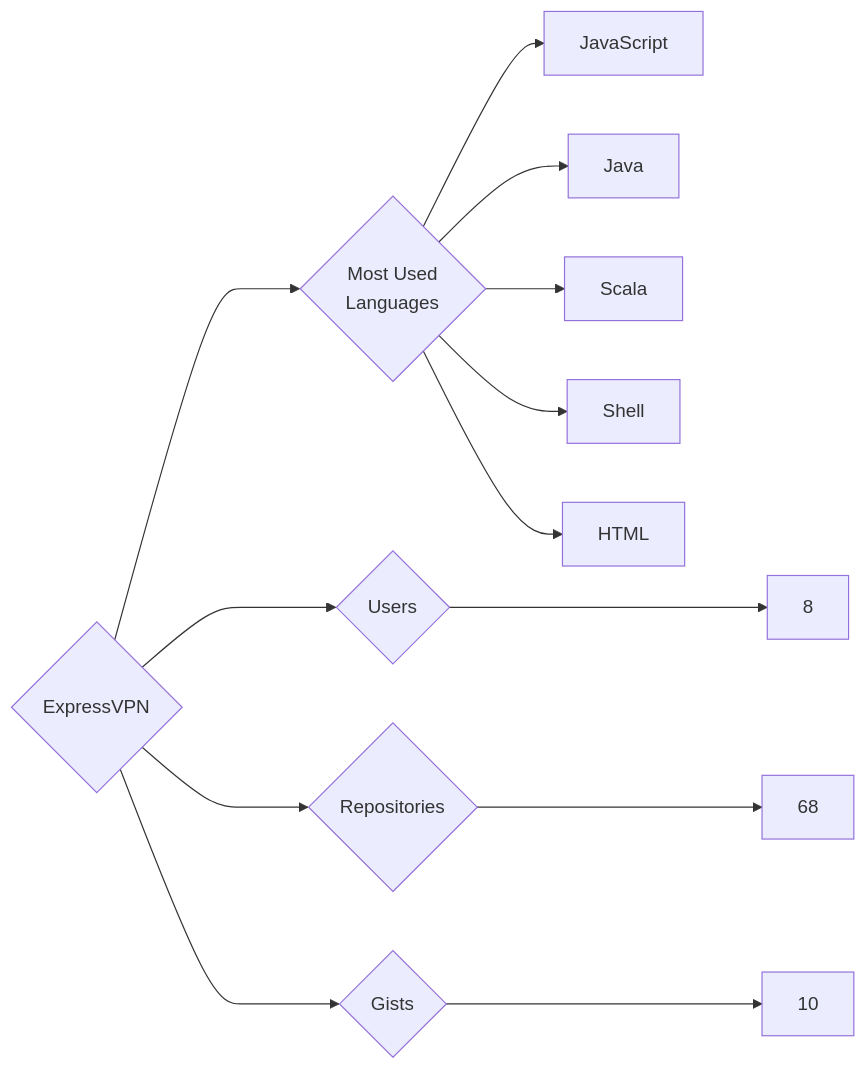
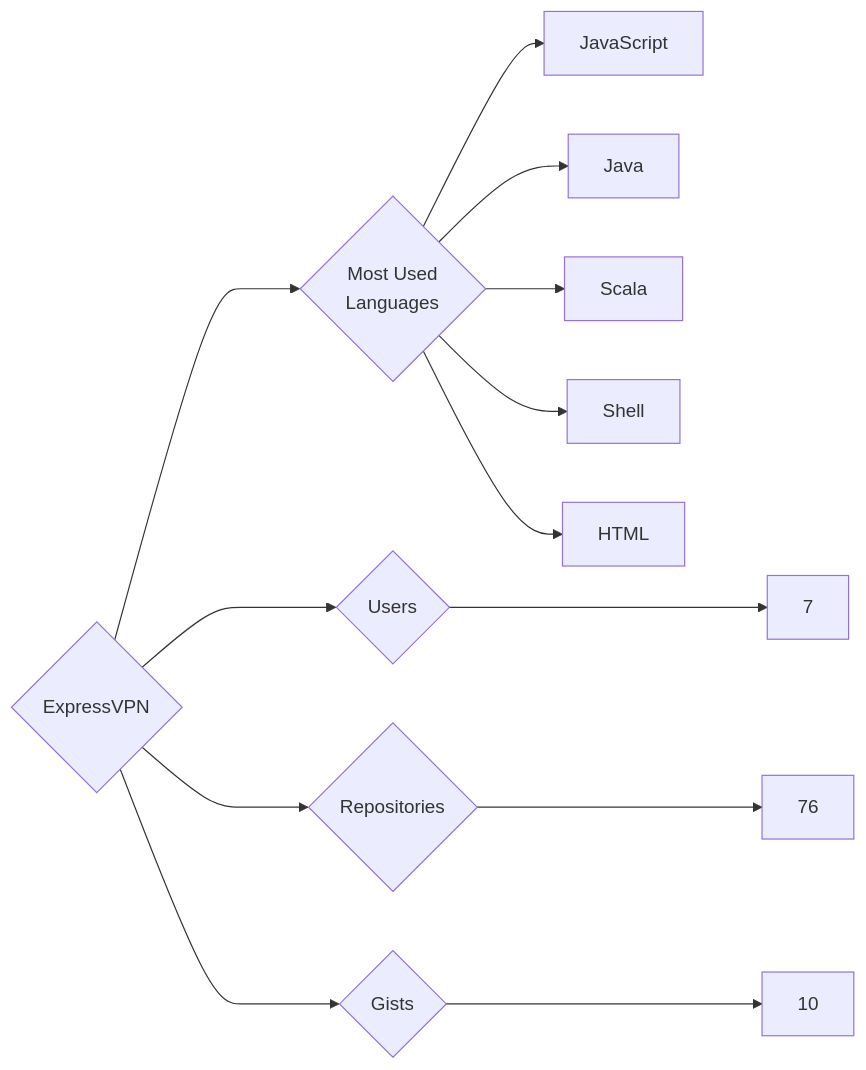
The diagram in targets/ExpressVPN/README.md (trickest/insiders), drawn with Mermaid before and after one commit. The commit also changed 1166 other files, not shown here.

````diff
--- a/targets/ExpressVPN/README.md
+++ b/targets/ExpressVPN/README.md
@@ -3,13 +3,13 @@
 ```mermaid
 graph LR
 COMPANY_NAME{ExpressVPN}
-COMPANY_NAME ---> U{Users} ---> UN[8]
-COMPANY_NAME ---> R{Repositories} ---> RN[68]
+COMPANY_NAME ---> U{Users} ---> UN[7]
+COMPANY_NAME ---> R{Repositories} ---> RN[76]
 COMPANY_NAME ---> G{Gists} ---> GN[10]
 COMPANY_NAME ---> ML{Most Used<br>Languages}
 ML --> JavaScript[JavaScript]
 ML --> Java[Java]
 ML --> Scala[Scala]
 ML --> Shell[Shell]
 ML --> HTML[HTML]
 ```
````
